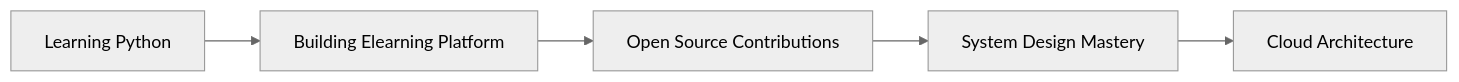
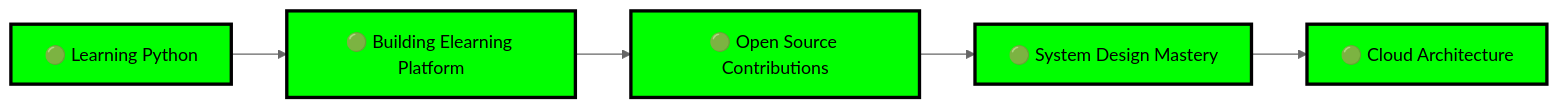
Before and after one commit to Willy-Norbert/Willy-Norbert: the diagram in README.md, drawn with Mermaid (neutral theme). The commit also changed other lines of this file, not shown here.

````diff
--- a/README.md
+++ b/README.md
@@ -233,7 +570,12 @@
 ```mermaid
 graph LR
-    A[Learning Python] --> B[Building Elearning Platform]
-    B --> C[Open Source Contributions]
-    C --> D[System Design Mastery]
-    D --> E[Cloud Architecture]
+    A[🟢 Learning Python] --> B[🟢 Building Elearning Platform]
+    B --> C[🟢 Open Source Contributions]
+    C --> D[🟢 System Design Mastery]
+    D --> E[🟢 Cloud Architecture]
+    style A fill:#00FF00,stroke:#000000,stroke-width:3px
+    style B fill:#00FF00,stroke:#000000,stroke-width:3px
+    style C fill:#00FF00,stroke:#000000,stroke-width:3px
+    style D fill:#00FF00,stroke:#000000,stroke-width:3px
+    style E fill:#00FF00,stroke:#000000,stroke-width:3px
 ```
````
